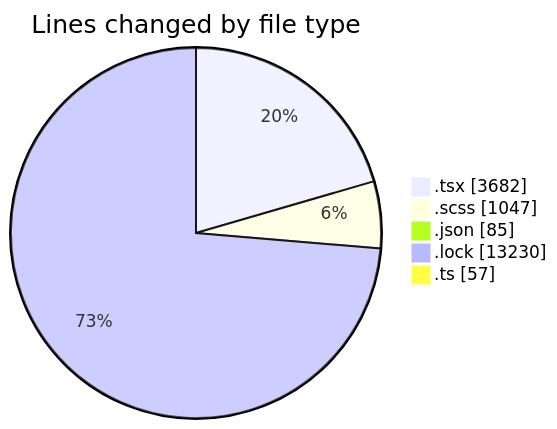
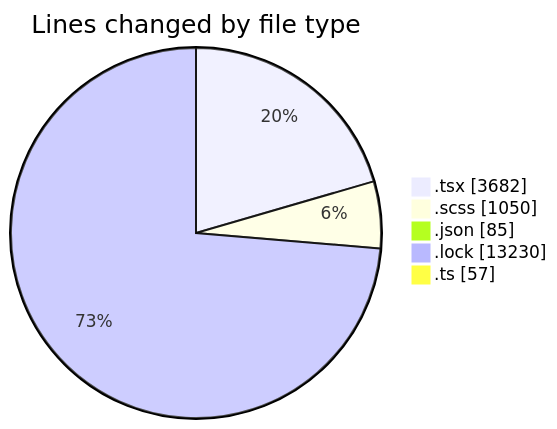
One commit to momahboobian/code-tracking changed the first of 2 diagrams in 2025-10-03/cda/README.md. Above: the diagram before and after it, drawn with Mermaid. The commit also changed other lines of this file and 1 other file, not shown here.

````diff
--- a/2025-10-03/cda/README.md
+++ b/2025-10-03/cda/README.md
@@ -30,9 +30,9 @@
 ```mermaid
 pie showData
 title Lines changed by file type
 ".tsx" : 3682
-".scss" : 1047
+".scss" : 1050
 ".json" : 85
 ".lock" : 13230
 ".ts" : 57
 ```
````
